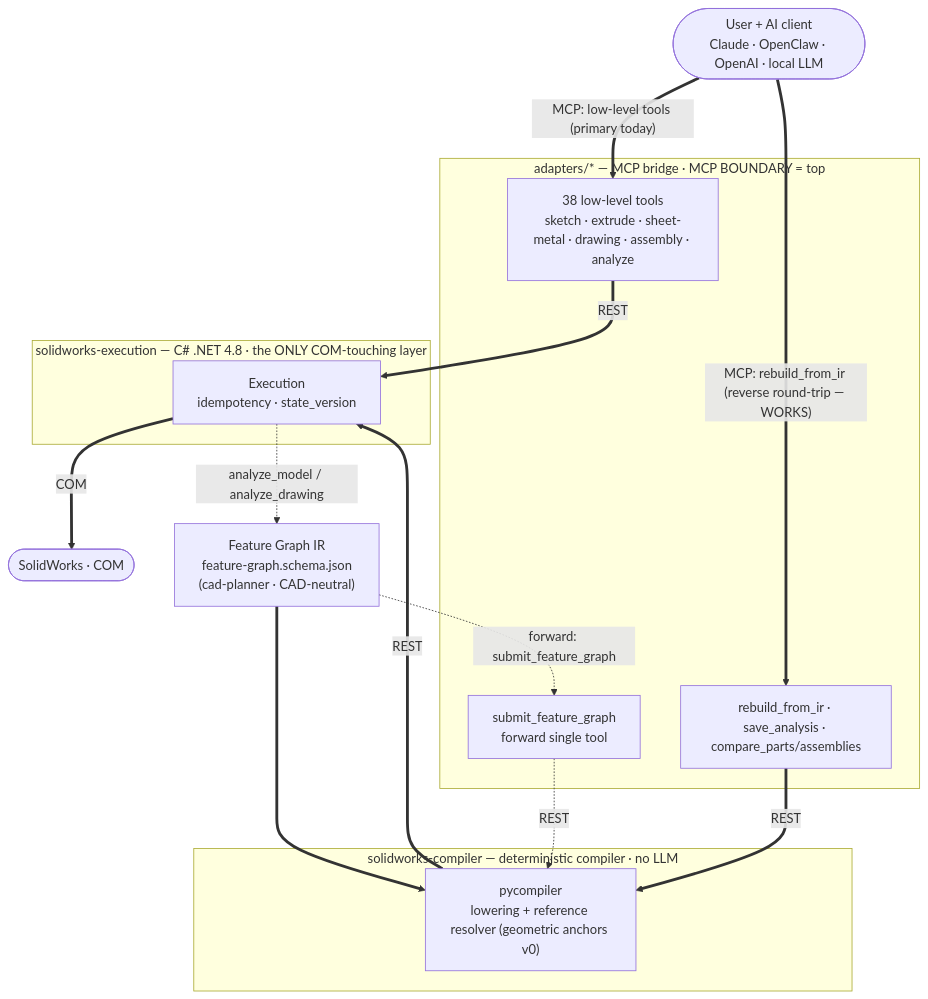
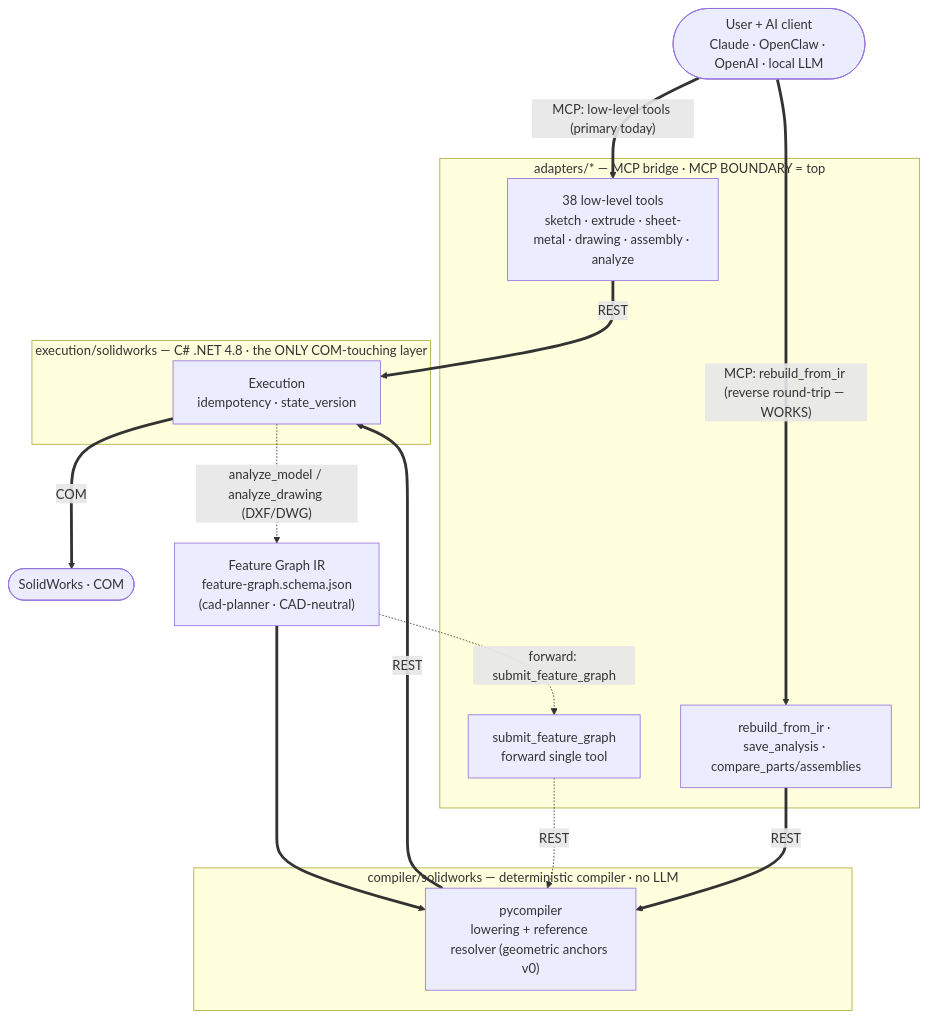
One commit to eyfel/mcp-server-solidworks changed the diagram in README.md. Above: the diagram before and after it, drawn with Mermaid. The commit also changed other lines of this file and 88 other files, not shown here.

First line of the commit message:
feat(drawing): contour chaining + two-shape reader; restructure repo; DXF-first reverse path

````diff
--- a/README.md
+++ b/README.md
@@ -32,38 +32,38 @@
 ```mermaid
 flowchart TD
     U(["User + AI client<br/>Claude · OpenClaw · OpenAI · local LLM"])
 
     subgraph ADAPT["adapters/* — MCP bridge · MCP BOUNDARY = top"]
         LOW["38 low-level tools<br/>sketch · extrude · sheet-metal · drawing · assembly · analyze"]
         RIR["rebuild_from_ir · save_analysis · compare_parts/assemblies"]
         SFG["submit_feature_graph<br/>forward single tool"]
     end
 
     IR["Feature Graph IR<br/>feature-graph.schema.json<br/>(cad-planner · CAD-neutral)"]
 
-    subgraph COMP["solidworks-compiler — deterministic compiler · no LLM"]
+    subgraph COMP["compiler/solidworks — deterministic compiler · no LLM"]
         CO["pycompiler<br/>lowering + reference resolver (geometric anchors v0)"]
     end
 
-    subgraph EXE["solidworks-execution — C# .NET 4.8 · the ONLY COM-touching layer"]
+    subgraph EXE["execution/solidworks — C# .NET 4.8 · the ONLY COM-touching layer"]
         EX["Execution<br/>idempotency · state_version"]
     end
 
     SW(["SolidWorks · COM"])
 
     %% Working today (thick)
     U == "MCP: low-level tools (primary today)" ==> LOW
     LOW == "REST" ==> EX
     U == "MCP: rebuild_from_ir (reverse round-trip — WORKS)" ==> RIR
     IR ==> CO
     RIR == "REST" ==> CO
     CO == "REST" ==> EX
     EX == "COM" ==> SW
 
     %% Reverse discovery step: read an existing part → propose an IR
-    EX -. "analyze_model / analyze_drawing" .-> IR
+    EX -. "analyze_model / analyze_drawing (DXF/DWG)" .-> IR
 
     %% Planned forward collapse (dashed)
     IR -. "forward: submit_feature_graph" .-> SFG
     SFG -. "REST" .-> CO
 ```
````
